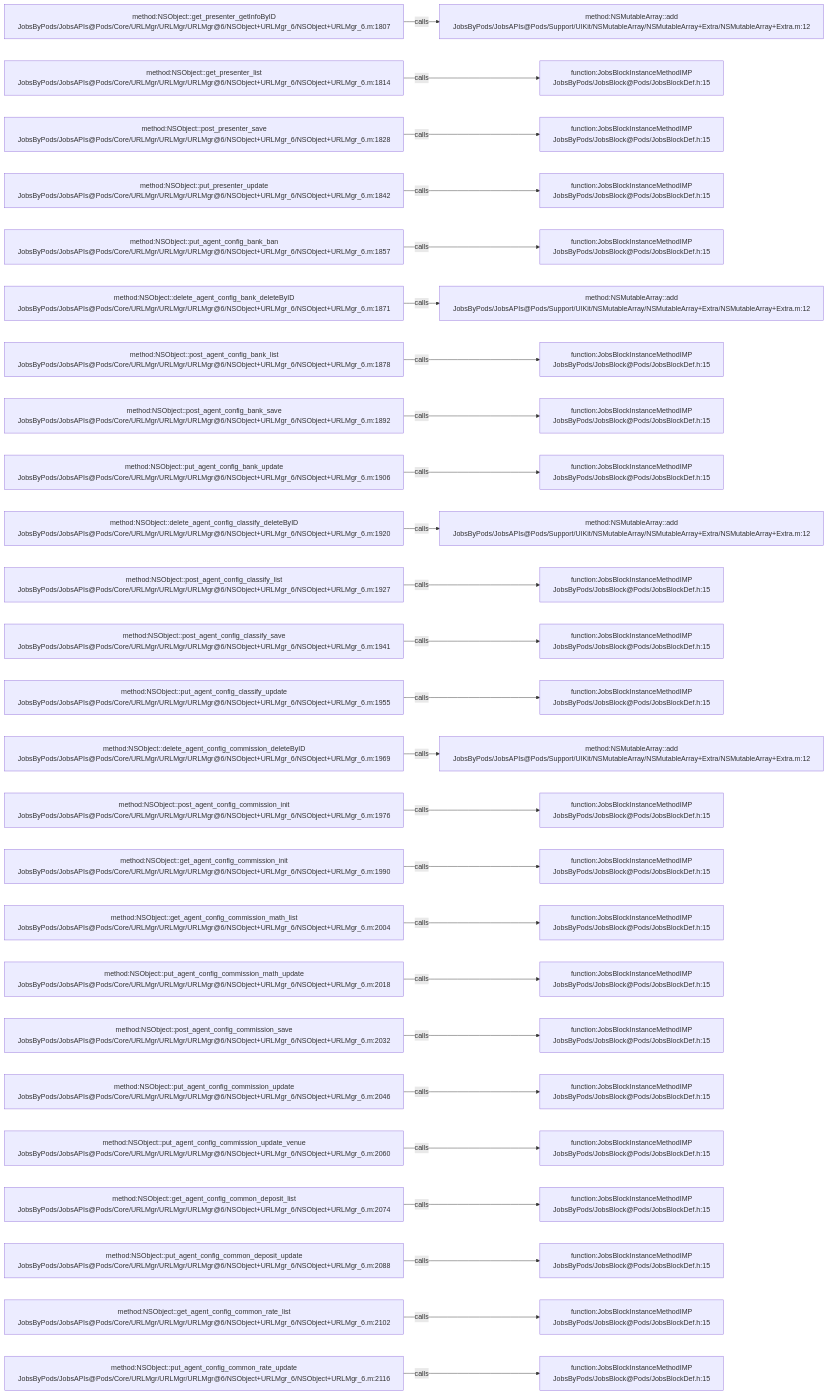
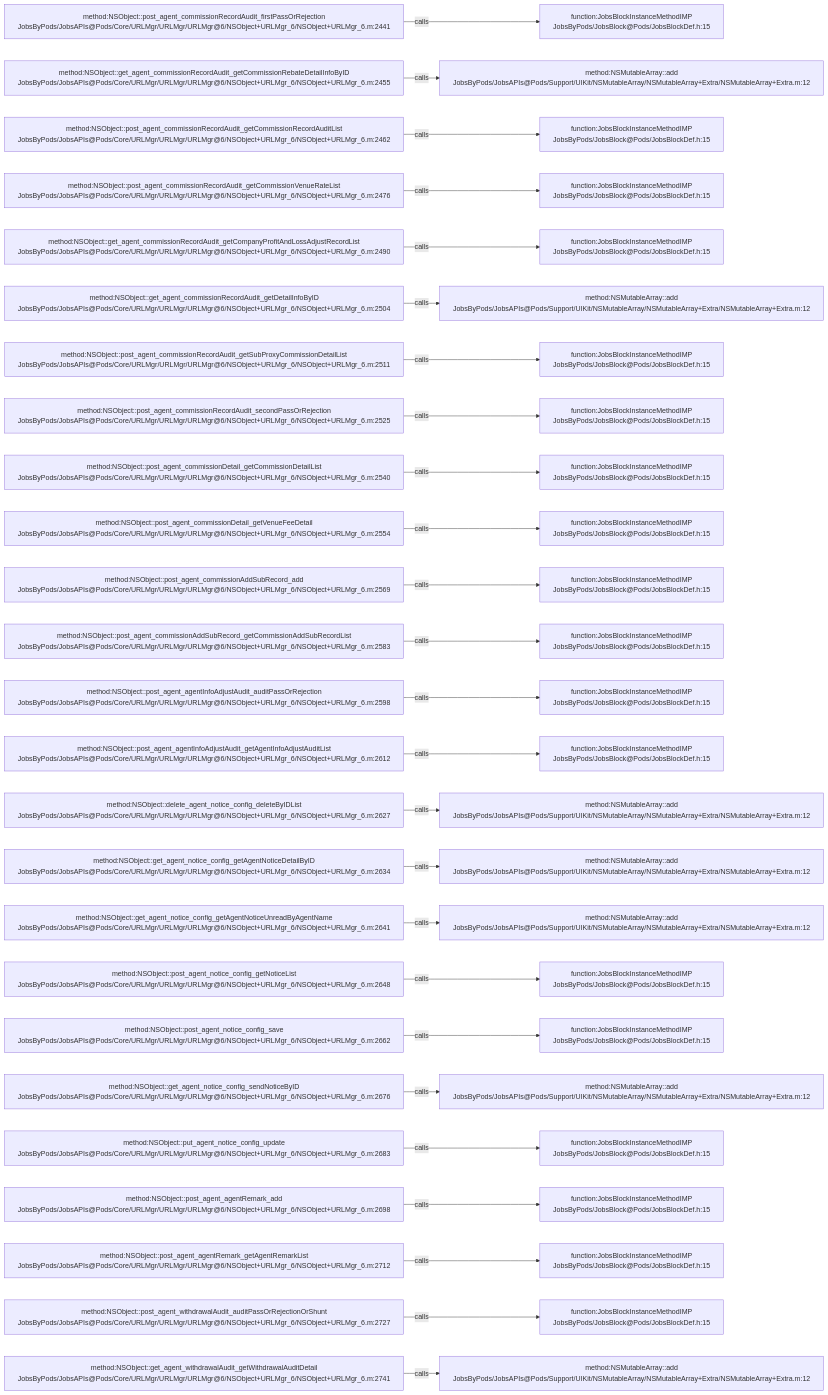
The diagram in .codegraph/codegraph.md/graphs/calls-072.md (JobsKits/JobsOCBaseConfigDemo), drawn with Mermaid before and after one commit. The commit also changed 223 other files, not shown here.

````diff
--- a/.codegraph/codegraph.md/graphs/calls-072.md
+++ b/.codegraph/codegraph.md/graphs/calls-072.md
@@ -13,78 +13,78 @@
 ```mermaid
 flowchart LR
-  S1["method:NSObject::get_presenter_getInfoByID<br/>JobsByPods/JobsAPIs@Pods/Core/URLMgr/URLMgr/URLMgr@6/NSObject+URLMgr_6/NSObject+URLMgr_6.m:1807"]
-  T1["method:NSMutableArray::add<br/>JobsByPods/JobsAPIs@Pods/Support/UIKit/NSMutableArray/NSMutableArray+Extra/NSMutableArray+Extra.m:12"]
+  S1["method:NSObject::post_agent_commissionRecordAudit_firstPassOrRejection<br/>JobsByPods/JobsAPIs@Pods/Core/URLMgr/URLMgr/URLMgr@6/NSObject+URLMgr_6/NSObject+URLMgr_6.m:2441"]
+  T1["function:JobsBlockInstanceMethodIMP<br/>JobsByPods/JobsBlock@Pods/JobsBlockDef.h:15"]
   S1 -->|calls| T1
-  S2["method:NSObject::get_presenter_list<br/>JobsByPods/JobsAPIs@Pods/Core/URLMgr/URLMgr/URLMgr@6/NSObject+URLMgr_6/NSObject+URLMgr_6.m:1814"]
-  T2["function:JobsBlockInstanceMethodIMP<br/>JobsByPods/JobsBlock@Pods/JobsBlockDef.h:15"]
+  S2["method:NSObject::get_agent_commissionRecordAudit_getCommissionRebateDetailInfoByID<br/>JobsByPods/JobsAPIs@Pods/Core/URLMgr/URLMgr/URLMgr@6/NSObject+URLMgr_6/NSObject+URLMgr_6.m:2455"]
+  T2["method:NSMutableArray::add<br/>JobsByPods/JobsAPIs@Pods/Support/UIKit/NSMutableArray/NSMutableArray+Extra/NSMutableArray+Extra.m:12"]
   S2 -->|calls| T2
-  S3["method:NSObject::post_presenter_save<br/>JobsByPods/JobsAPIs@Pods/Core/URLMgr/URLMgr/URLMgr@6/NSObject+URLMgr_6/NSObject+URLMgr_6.m:1828"]
+  S3["method:NSObject::post_agent_commissionRecordAudit_getCommissionRecordAuditList<br/>JobsByPods/JobsAPIs@Pods/Core/URLMgr/URLMgr/URLMgr@6/NSObject+URLMgr_6/NSObject+URLMgr_6.m:2462"]
   T3["function:JobsBlockInstanceMethodIMP<br/>JobsByPods/JobsBlock@Pods/JobsBlockDef.h:15"]
   S3 -->|calls| T3
-  S4["method:NSObject::put_presenter_update<br/>JobsByPods/JobsAPIs@Pods/Core/URLMgr/URLMgr/URLMgr@6/NSObject+URLMgr_6/NSObject+URLMgr_6.m:1842"]
+  S4["method:NSObject::post_agent_commissionRecordAudit_getCommissionVenueRateList<br/>JobsByPods/JobsAPIs@Pods/Core/URLMgr/URLMgr/URLMgr@6/NSObject+URLMgr_6/NSObject+URLMgr_6.m:2476"]
   T4["function:JobsBlockInstanceMethodIMP<br/>JobsByPods/JobsBlock@Pods/JobsBlockDef.h:15"]
   S4 -->|calls| T4
-  S5["method:NSObject::put_agent_config_bank_ban<br/>JobsByPods/JobsAPIs@Pods/Core/URLMgr/URLMgr/URLMgr@6/NSObject+URLMgr_6/NSObject+URLMgr_6.m:1857"]
+  S5["method:NSObject::get_agent_commissionRecordAudit_getCompanyProfitAndLossAdjustRecordList<br/>JobsByPods/JobsAPIs@Pods/Core/URLMgr/URLMgr/URLMgr@6/NSObject+URLMgr_6/NSObject+URLMgr_6.m:2490"]
   T5["function:JobsBlockInstanceMethodIMP<br/>JobsByPods/JobsBlock@Pods/JobsBlockDef.h:15"]
   S5 -->|calls| T5
-  S6["method:NSObject::delete_agent_config_bank_deleteByID<br/>JobsByPods/JobsAPIs@Pods/Core/URLMgr/URLMgr/URLMgr@6/NSObject+URLMgr_6/NSObject+URLMgr_6.m:1871"]
+  S6["method:NSObject::get_agent_commissionRecordAudit_getDetailInfoByID<br/>JobsByPods/JobsAPIs@Pods/Core/URLMgr/URLMgr/URLMgr@6/NSObject+URLMgr_6/NSObject+URLMgr_6.m:2504"]
   T6["method:NSMutableArray::add<br/>JobsByPods/JobsAPIs@Pods/Support/UIKit/NSMutableArray/NSMutableArray+Extra/NSMutableArray+Extra.m:12"]
   S6 -->|calls| T6
-  S7["method:NSObject::post_agent_config_bank_list<br/>JobsByPods/JobsAPIs@Pods/Core/URLMgr/URLMgr/URLMgr@6/NSObject+URLMgr_6/NSObject+URLMgr_6.m:1878"]
+  S7["method:NSObject::post_agent_commissionRecordAudit_getSubProxyCommissionDetailList<br/>JobsByPods/JobsAPIs@Pods/Core/URLMgr/URLMgr/URLMgr@6/NSObject+URLMgr_6/NSObject+URLMgr_6.m:2511"]
   T7["function:JobsBlockInstanceMethodIMP<br/>JobsByPods/JobsBlock@Pods/JobsBlockDef.h:15"]
   S7 -->|calls| T7
-  S8["method:NSObject::post_agent_config_bank_save<br/>JobsByPods/JobsAPIs@Pods/Core/URLMgr/URLMgr/URLMgr@6/NSObject+URLMgr_6/NSObject+URLMgr_6.m:1892"]
+  S8["method:NSObject::post_agent_commissionRecordAudit_secondPassOrRejection<br/>JobsByPods/JobsAPIs@Pods/Core/URLMgr/URLMgr/URLMgr@6/NSObject+URLMgr_6/NSObject+URLMgr_6.m:2525"]
   T8["function:JobsBlockInstanceMethodIMP<br/>JobsByPods/JobsBlock@Pods/JobsBlockDef.h:15"]
   S8 -->|calls| T8
-  S9["method:NSObject::put_agent_config_bank_update<br/>JobsByPods/JobsAPIs@Pods/Core/URLMgr/URLMgr/URLMgr@6/NSObject+URLMgr_6/NSObject+URLMgr_6.m:1906"]
+  S9["method:NSObject::post_agent_commissionDetail_getCommissionDetailList<br/>JobsByPods/JobsAPIs@Pods/Core/URLMgr/URLMgr/URLMgr@6/NSObject+URLMgr_6/NSObject+URLMgr_6.m:2540"]
   T9["function:JobsBlockInstanceMethodIMP<br/>JobsByPods/JobsBlock@Pods/JobsBlockDef.h:15"]
   S9 -->|calls| T9
-  S10["method:NSObject::delete_agent_config_classify_deleteByID<br/>JobsByPods/JobsAPIs@Pods/Core/URLMgr/URLMgr/URLMgr@6/NSObject+URLMgr_6/NSObject+URLMgr_6.m:1920"]
-  T10["method:NSMutableArray::add<br/>JobsByPods/JobsAPIs@Pods/Support/UIKit/NSMutableArray/NSMutableArray+Extra/NSMutableArray+Extra.m:12"]
+  S10["method:NSObject::post_agent_commissionDetail_getVenueFeeDetail<br/>JobsByPods/JobsAPIs@Pods/Core/URLMgr/URLMgr/URLMgr@6/NSObject+URLMgr_6/NSObject+URLMgr_6.m:2554"]
+  T10["function:JobsBlockInstanceMethodIMP<br/>JobsByPods/JobsBlock@Pods/JobsBlockDef.h:15"]
   S10 -->|calls| T10
-  S11["method:NSObject::post_agent_config_classify_list<br/>JobsByPods/JobsAPIs@Pods/Core/URLMgr/URLMgr/URLMgr@6/NSObject+URLMgr_6/NSObject+URLMgr_6.m:1927"]
+  S11["method:NSObject::post_agent_commissionAddSubRecord_add<br/>JobsByPods/JobsAPIs@Pods/Core/URLMgr/URLMgr/URLMgr@6/NSObject+URLMgr_6/NSObject+URLMgr_6.m:2569"]
   T11["function:JobsBlockInstanceMethodIMP<br/>JobsByPods/JobsBlock@Pods/JobsBlockDef.h:15"]
   S11 -->|calls| T11
-  S12["method:NSObject::post_agent_config_classify_save<br/>JobsByPods/JobsAPIs@Pods/Core/URLMgr/URLMgr/URLMgr@6/NSObject+URLMgr_6/NSObject+URLMgr_6.m:1941"]
+  S12["method:NSObject::post_agent_commissionAddSubRecord_getCommissionAddSubRecordList<br/>JobsByPods/JobsAPIs@Pods/Core/URLMgr/URLMgr/URLMgr@6/NSObject+URLMgr_6/NSObject+URLMgr_6.m:2583"]
   T12["function:JobsBlockInstanceMethodIMP<br/>JobsByPods/JobsBlock@Pods/JobsBlockDef.h:15"]
   S12 -->|calls| T12
-  S13["method:NSObject::put_agent_config_classify_update<br/>JobsByPods/JobsAPIs@Pods/Core/URLMgr/URLMgr/URLMgr@6/NSObject+URLMgr_6/NSObject+URLMgr_6.m:1955"]
+  S13["method:NSObject::post_agent_agentInfoAdjustAudit_auditPassOrRejection<br/>JobsByPods/JobsAPIs@Pods/Core/URLMgr/URLMgr/URLMgr@6/NSObject+URLMgr_6/NSObject+URLMgr_6.m:2598"]
   T13["function:JobsBlockInstanceMethodIMP<br/>JobsByPods/JobsBlock@Pods/JobsBlockDef.h:15"]
   S13 -->|calls| T13
-  S14["method:NSObject::delete_agent_config_commission_deleteByID<br/>JobsByPods/JobsAPIs@Pods/Core/URLMgr/URLMgr/URLMgr@6/NSObject+URLMgr_6/NSObject+URLMgr_6.m:1969"]
-  T14["method:NSMutableArray::add<br/>JobsByPods/JobsAPIs@Pods/Support/UIKit/NSMutableArray/NSMutableArray+Extra/NSMutableArray+Extra.m:12"]
+  S14["method:NSObject::post_agent_agentInfoAdjustAudit_getAgentInfoAdjustAuditList<br/>JobsByPods/JobsAPIs@Pods/Core/URLMgr/URLMgr/URLMgr@6/NSObject+URLMgr_6/NSObject+URLMgr_6.m:2612"]
+  T14["function:JobsBlockInstanceMethodIMP<br/>JobsByPods/JobsBlock@Pods/JobsBlockDef.h:15"]
   S14 -->|calls| T14
-  S15["method:NSObject::post_agent_config_commission_init<br/>JobsByPods/JobsAPIs@Pods/Core/URLMgr/URLMgr/URLMgr@6/NSObject+URLMgr_6/NSObject+URLMgr_6.m:1976"]
-  T15["function:JobsBlockInstanceMethodIMP<br/>JobsByPods/JobsBlock@Pods/JobsBlockDef.h:15"]
+  S15["method:NSObject::delete_agent_notice_config_deleteByIDList<br/>JobsByPods/JobsAPIs@Pods/Core/URLMgr/URLMgr/URLMgr@6/NSObject+URLMgr_6/NSObject+URLMgr_6.m:2627"]
+  T15["method:NSMutableArray::add<br/>JobsByPods/JobsAPIs@Pods/Support/UIKit/NSMutableArray/NSMutableArray+Extra/NSMutableArray+Extra.m:12"]
   S15 -->|calls| T15
-  S16["method:NSObject::get_agent_config_commission_init<br/>JobsByPods/JobsAPIs@Pods/Core/URLMgr/URLMgr/URLMgr@6/NSObject+URLMgr_6/NSObject+URLMgr_6.m:1990"]
-  T16["function:JobsBlockInstanceMethodIMP<br/>JobsByPods/JobsBlock@Pods/JobsBlockDef.h:15"]
+  S16["method:NSObject::get_agent_notice_config_getAgentNoticeDetailByID<br/>JobsByPods/JobsAPIs@Pods/Core/URLMgr/URLMgr/URLMgr@6/NSObject+URLMgr_6/NSObject+URLMgr_6.m:2634"]
+  T16["method:NSMutableArray::add<br/>JobsByPods/JobsAPIs@Pods/Support/UIKit/NSMutableArray/NSMutableArray+Extra/NSMutableArray+Extra.m:12"]
   S16 -->|calls| T16
-  S17["method:NSObject::get_agent_config_commission_math_list<br/>JobsByPods/JobsAPIs@Pods/Core/URLMgr/URLMgr/URLMgr@6/NSObject+URLMgr_6/NSObject+URLMgr_6.m:2004"]
-  T17["function:JobsBlockInstanceMethodIMP<br/>JobsByPods/JobsBlock@Pods/JobsBlockDef.h:15"]
+  S17["method:NSObject::get_agent_notice_config_getAgentNoticeUnreadByAgentName<br/>JobsByPods/JobsAPIs@Pods/Core/URLMgr/URLMgr/URLMgr@6/NSObject+URLMgr_6/NSObject+URLMgr_6.m:2641"]
+  T17["method:NSMutableArray::add<br/>JobsByPods/JobsAPIs@Pods/Support/UIKit/NSMutableArray/NSMutableArray+Extra/NSMutableArray+Extra.m:12"]
   S17 -->|calls| T17
-  S18["method:NSObject::put_agent_config_commission_math_update<br/>JobsByPods/JobsAPIs@Pods/Core/URLMgr/URLMgr/URLMgr@6/NSObject+URLMgr_6/NSObject+URLMgr_6.m:2018"]
+  S18["method:NSObject::post_agent_notice_config_getNoticeList<br/>JobsByPods/JobsAPIs@Pods/Core/URLMgr/URLMgr/URLMgr@6/NSObject+URLMgr_6/NSObject+URLMgr_6.m:2648"]
   T18["function:JobsBlockInstanceMethodIMP<br/>JobsByPods/JobsBlock@Pods/JobsBlockDef.h:15"]
   S18 -->|calls| T18
-  S19["method:NSObject::post_agent_config_commission_save<br/>JobsByPods/JobsAPIs@Pods/Core/URLMgr/URLMgr/URLMgr@6/NSObject+URLMgr_6/NSObject+URLMgr_6.m:2032"]
+  S19["method:NSObject::post_agent_notice_config_save<br/>JobsByPods/JobsAPIs@Pods/Core/URLMgr/URLMgr/URLMgr@6/NSObject+URLMgr_6/NSObject+URLMgr_6.m:2662"]
   T19["function:JobsBlockInstanceMethodIMP<br/>JobsByPods/JobsBlock@Pods/JobsBlockDef.h:15"]
   S19 -->|calls| T19
-  S20["method:NSObject::put_agent_config_commission_update<br/>JobsByPods/JobsAPIs@Pods/Core/URLMgr/URLMgr/URLMgr@6/NSObject+URLMgr_6/NSObject+URLMgr_6.m:2046"]
-  T20["function:JobsBlockInstanceMethodIMP<br/>JobsByPods/JobsBlock@Pods/JobsBlockDef.h:15"]
+  S20["method:NSObject::get_agent_notice_config_sendNoticeByID<br/>JobsByPods/JobsAPIs@Pods/Core/URLMgr/URLMgr/URLMgr@6/NSObject+URLMgr_6/NSObject+URLMgr_6.m:2676"]
+  T20["method:NSMutableArray::add<br/>JobsByPods/JobsAPIs@Pods/Support/UIKit/NSMutableArray/NSMutableArray+Extra/NSMutableArray+Extra.m:12"]
   S20 -->|calls| T20
-  S21["method:NSObject::put_agent_config_commission_update_venue<br/>JobsByPods/JobsAPIs@Pods/Core/URLMgr/URLMgr/URLMgr@6/NSObject+URLMgr_6/NSObject+URLMgr_6.m:2060"]
+  S21["method:NSObject::put_agent_notice_config_update<br/>JobsByPods/JobsAPIs@Pods/Core/URLMgr/URLMgr/URLMgr@6/NSObject+URLMgr_6/NSObject+URLMgr_6.m:2683"]
   T21["function:JobsBlockInstanceMethodIMP<br/>JobsByPods/JobsBlock@Pods/JobsBlockDef.h:15"]
   S21 -->|calls| T21
-  S22["method:NSObject::get_agent_config_common_deposit_list<br/>JobsByPods/JobsAPIs@Pods/Core/URLMgr/URLMgr/URLMgr@6/NSObject+URLMgr_6/NSObject+URLMgr_6.m:2074"]
+  S22["method:NSObject::post_agent_agentRemark_add<br/>JobsByPods/JobsAPIs@Pods/Core/URLMgr/URLMgr/URLMgr@6/NSObject+URLMgr_6/NSObject+URLMgr_6.m:2698"]
   T22["function:JobsBlockInstanceMethodIMP<br/>JobsByPods/JobsBlock@Pods/JobsBlockDef.h:15"]
   S22 -->|calls| T22
-  S23["method:NSObject::put_agent_config_common_deposit_update<br/>JobsByPods/JobsAPIs@Pods/Core/URLMgr/URLMgr/URLMgr@6/NSObject+URLMgr_6/NSObject+URLMgr_6.m:2088"]
+  S23["method:NSObject::post_agent_agentRemark_getAgentRemarkList<br/>JobsByPods/JobsAPIs@Pods/Core/URLMgr/URLMgr/URLMgr@6/NSObject+URLMgr_6/NSObject+URLMgr_6.m:2712"]
   T23["function:JobsBlockInstanceMethodIMP<br/>JobsByPods/JobsBlock@Pods/JobsBlockDef.h:15"]
   S23 -->|calls| T23
-  S24["method:NSObject::get_agent_config_common_rate_list<br/>JobsByPods/JobsAPIs@Pods/Core/URLMgr/URLMgr/URLMgr@6/NSObject+URLMgr_6/NSObject+URLMgr_6.m:2102"]
+  S24["method:NSObject::post_agent_withdrawalAudit_auditPassOrRejectionOrShunt<br/>JobsByPods/JobsAPIs@Pods/Core/URLMgr/URLMgr/URLMgr@6/NSObject+URLMgr_6/NSObject+URLMgr_6.m:2727"]
   T24["function:JobsBlockInstanceMethodIMP<br/>JobsByPods/JobsBlock@Pods/JobsBlockDef.h:15"]
   S24 -->|calls| T24
-  S25["method:NSObject::put_agent_config_common_rate_update<br/>JobsByPods/JobsAPIs@Pods/Core/URLMgr/URLMgr/URLMgr@6/NSObject+URLMgr_6/NSObject+URLMgr_6.m:2116"]
-  T25["function:JobsBlockInstanceMethodIMP<br/>JobsByPods/JobsBlock@Pods/JobsBlockDef.h:15"]
+  S25["method:NSObject::get_agent_withdrawalAudit_getWithdrawalAuditDetail<br/>JobsByPods/JobsAPIs@Pods/Core/URLMgr/URLMgr/URLMgr@6/NSObject+URLMgr_6/NSObject+URLMgr_6.m:2741"]
+  T25["method:NSMutableArray::add<br/>JobsByPods/JobsAPIs@Pods/Support/UIKit/NSMutableArray/NSMutableArray+Extra/NSMutableArray+Extra.m:12"]
   S25 -->|calls| T25
 ```
````
